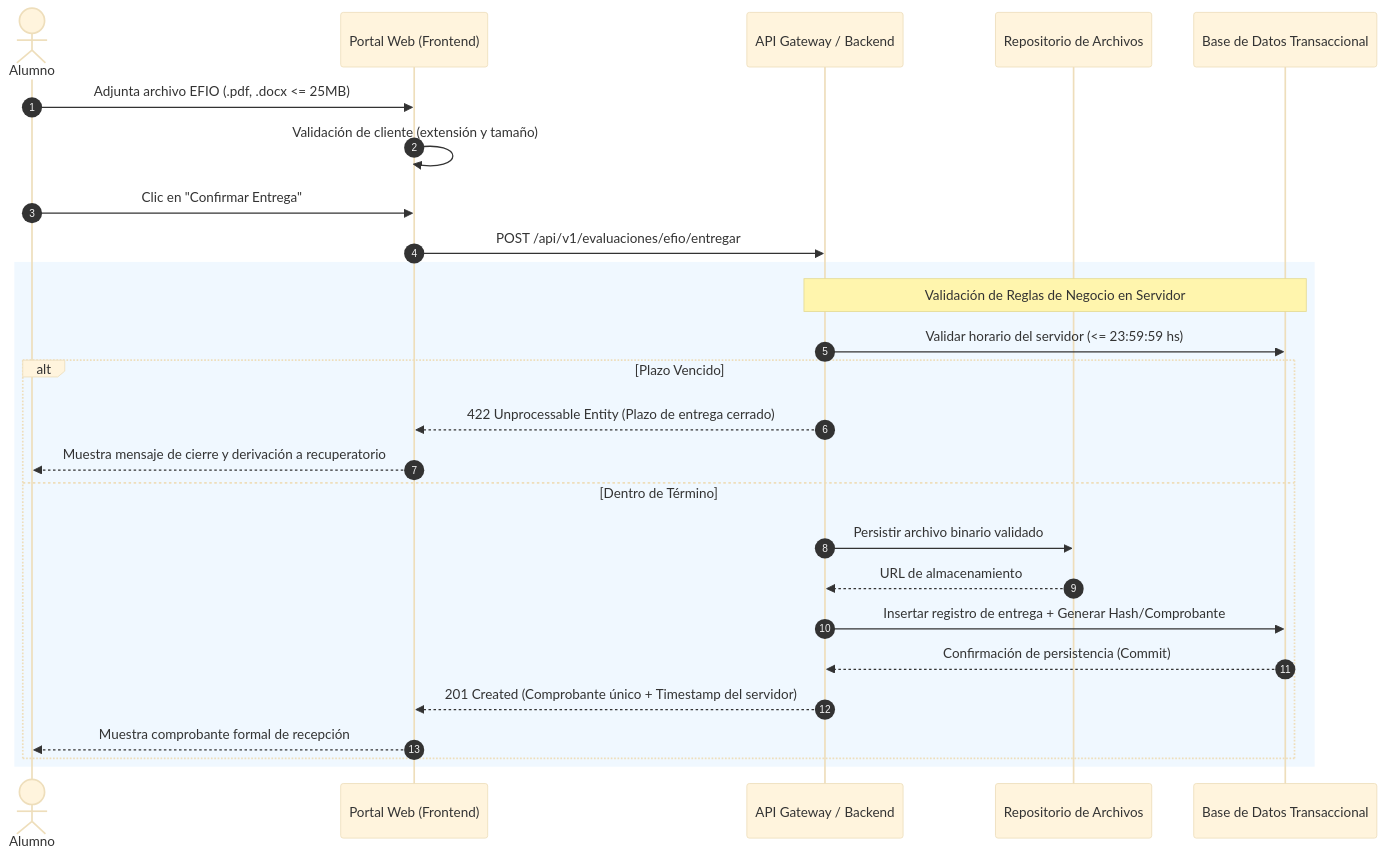
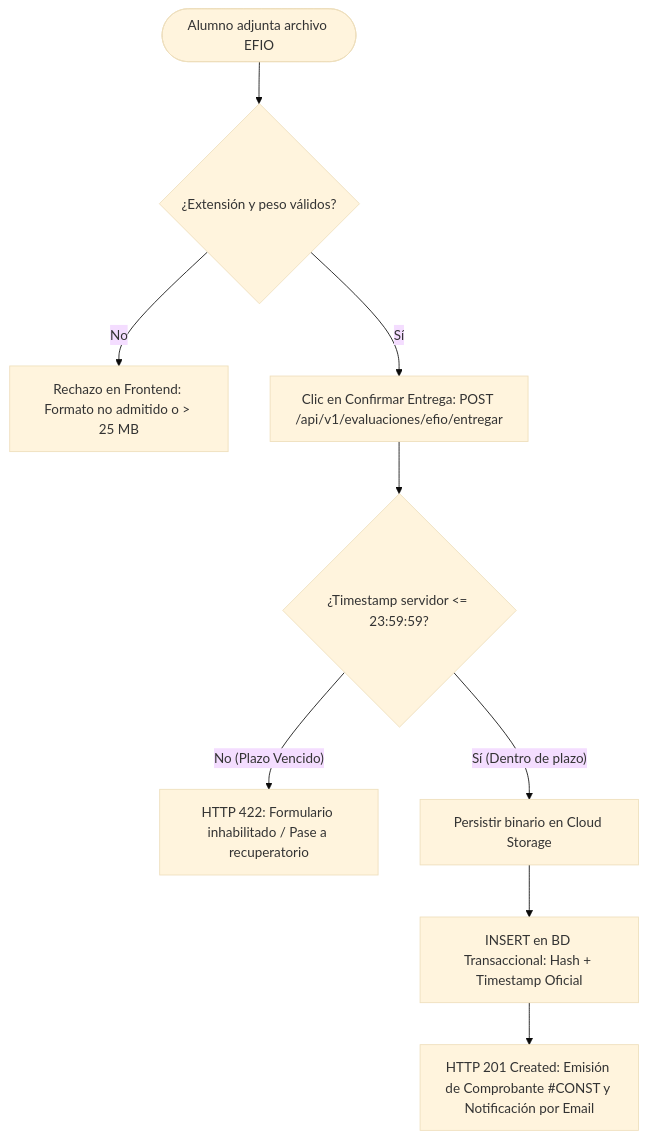
Before and after one commit to danielpusillico/virtual-learning-platform-functional-analysis: the second of 3 diagrams in README.md, drawn with Mermaid (base theme). The commit also changed other lines of this file, not shown here.

````diff
--- a/README.md
+++ b/README.md
@@ -65,30 +65,14 @@
 ```mermaid
-sequenceDiagram
-    autonumber
-    actor Alumno
-    participant Web as Portal Web (Frontend)
-    participant API as API Gateway / Backend
-    participant Storage as Repositorio de Archivos
-    participant DB as Base de Datos Transaccional
-
-    Alumno->>Web: Adjunta archivo EFIO (.pdf, .docx <= 25MB)
-    Web->>Web: Validación de cliente (extensión y tamaño)
-    Alumno->>Web: Clic en "Confirmar Entrega"
-    Web->>API: POST /api/v1/evaluaciones/efio/entregar
+graph TD
+    Start([Alumno adjunta archivo EFIO]) --> ClientCheck{¿Extensión y peso válidos?}
+    ClientCheck -- No --> RejectClient[Rechazo en Frontend: Formato no admitido o > 25 MB]
+    ClientCheck -- Sí --> Submit[Clic en Confirmar Entrega: POST /api/v1/evaluaciones/efio/entregar]
     
-    rect rgb(240, 248, 255)
-        Note over API,DB: Validación de Reglas de Negocio en Servidor
-        API->>DB: Validar horario del servidor (<= 23:59:59 hs)
-        alt Plazo Vencido
-            API-->>Web: 422 Unprocessable Entity (Plazo de entrega cerrado)
-            Web-->>Alumno: Muestra mensaje de cierre y derivación a recuperatorio
-        else Dentro de Término
-            API->>Storage: Persistir archivo binario validado
-            Storage-->>API: URL de almacenamiento
-            API->>DB: Insertar registro de entrega + Generar Hash/Comprobante
-            DB-->>API: Confirmación de persistencia (Commit)
-            API-->>Web: 201 Created (Comprobante único + Timestamp del servidor)
-            Web-->>Alumno: Muestra comprobante formal de recepción
-        end
-    end
+    Submit --> ServerCheck{¿Timestamp servidor <= 23:59:59?}
+    
+    ServerCheck -- No (Plazo Vencido) --> ErrTime[HTTP 422: Formulario inhabilitado / Pase a recuperatorio]
+    
+    ServerCheck -- Sí (Dentro de plazo) --> SaveStorage[Persistir binario en Cloud Storage]
+    SaveStorage --> SaveDB[INSERT en BD Transaccional: Hash + Timestamp Oficial]
+    SaveDB --> Success[HTTP 201 Created: Emisión de Comprobante #CONST y Notificación por Email]
 ```
````
